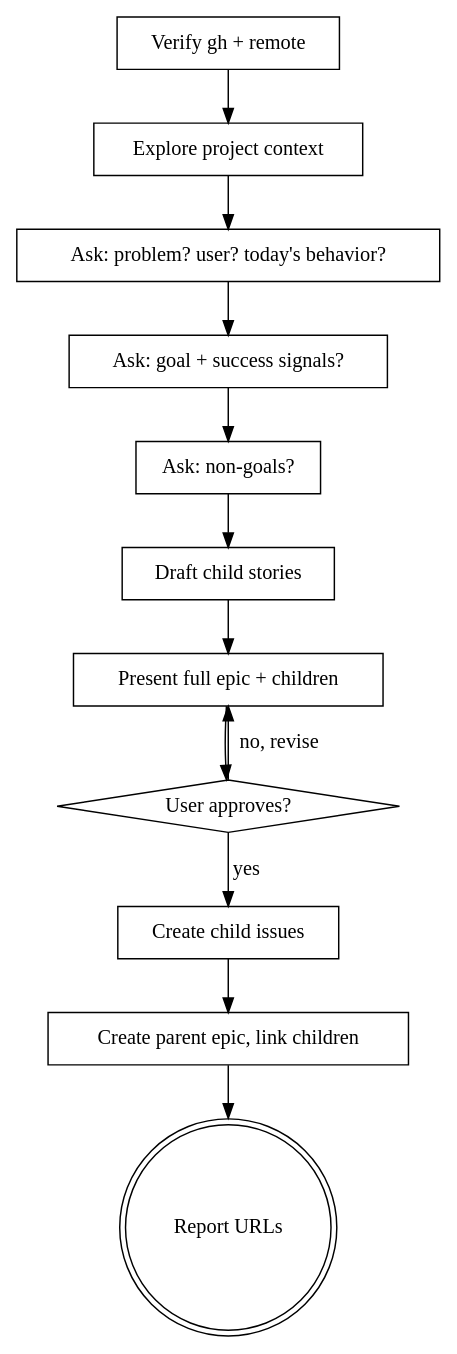
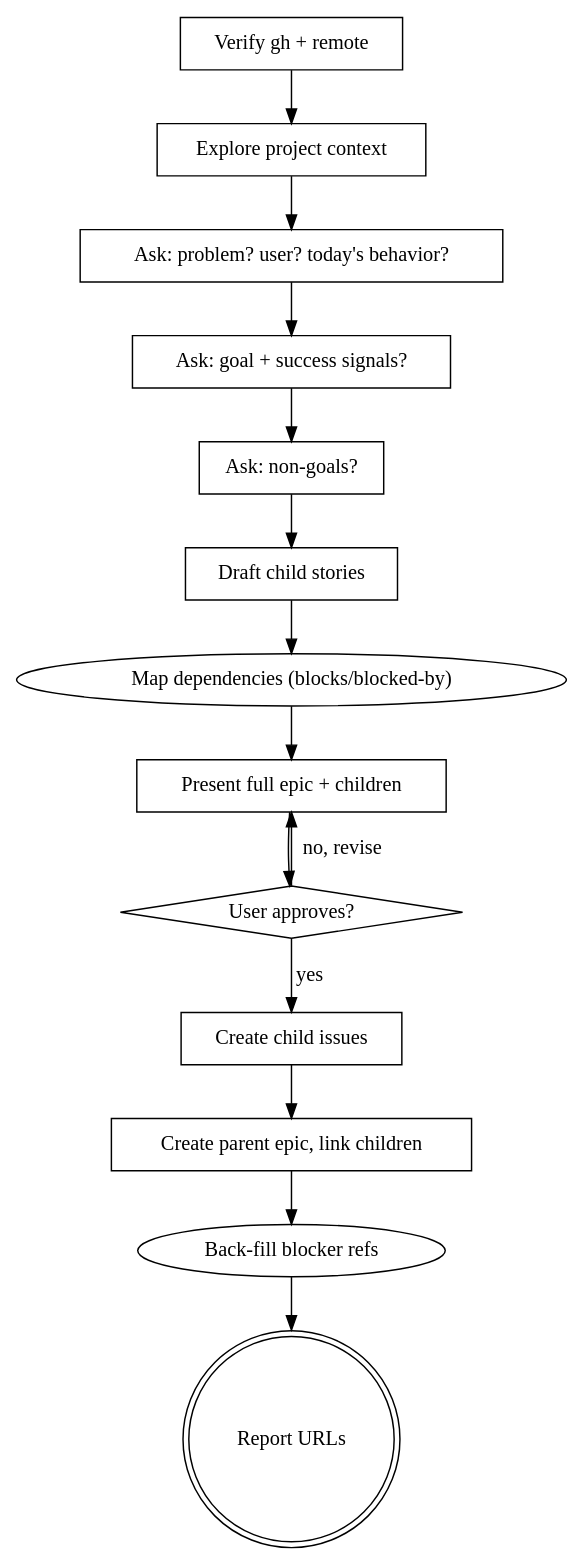
One commit to mshick/dotfiles changed the diagram in claude/skills/epic/SKILL.md. Above: the diagram before and after it, drawn with Graphviz. The commit also changed other lines of this file and 5 other files, not shown here.

````diff
--- a/claude/skills/epic/SKILL.md
+++ b/claude/skills/epic/SKILL.md
@@ -60,27 +62,29 @@
 ```dot
 digraph epic {
     "Verify gh + remote" [shape=box];
     "Explore project context" [shape=box];
     "Ask: problem? user? today's behavior?" [shape=box];
     "Ask: goal + success signals?" [shape=box];
     "Ask: non-goals?" [shape=box];
     "Draft child stories" [shape=box];
     "Present full epic + children" [shape=box];
     "User approves?" [shape=diamond];
     "Create child issues" [shape=box];
     "Create parent epic, link children" [shape=box];
     "Report URLs" [shape=doublecircle];
 
     "Verify gh + remote" -> "Explore project context";
     "Explore project context" -> "Ask: problem? user? today's behavior?";
     "Ask: problem? user? today's behavior?" -> "Ask: goal + success signals?";
     "Ask: goal + success signals?" -> "Ask: non-goals?";
     "Ask: non-goals?" -> "Draft child stories";
-    "Draft child stories" -> "Present full epic + children";
+    "Draft child stories" -> "Map dependencies (blocks/blocked-by)";
+    "Map dependencies (blocks/blocked-by)" -> "Present full epic + children";
     "Present full epic + children" -> "User approves?";
     "User approves?" -> "Present full epic + children" [label="no, revise"];
     "User approves?" -> "Create child issues" [label="yes"];
     "Create child issues" -> "Create parent epic, link children";
-    "Create parent epic, link children" -> "Report URLs";
+    "Create parent epic, link children" -> "Back-fill blocker refs";
+    "Back-fill blocker refs" -> "Report URLs";
 }
 ```
````
